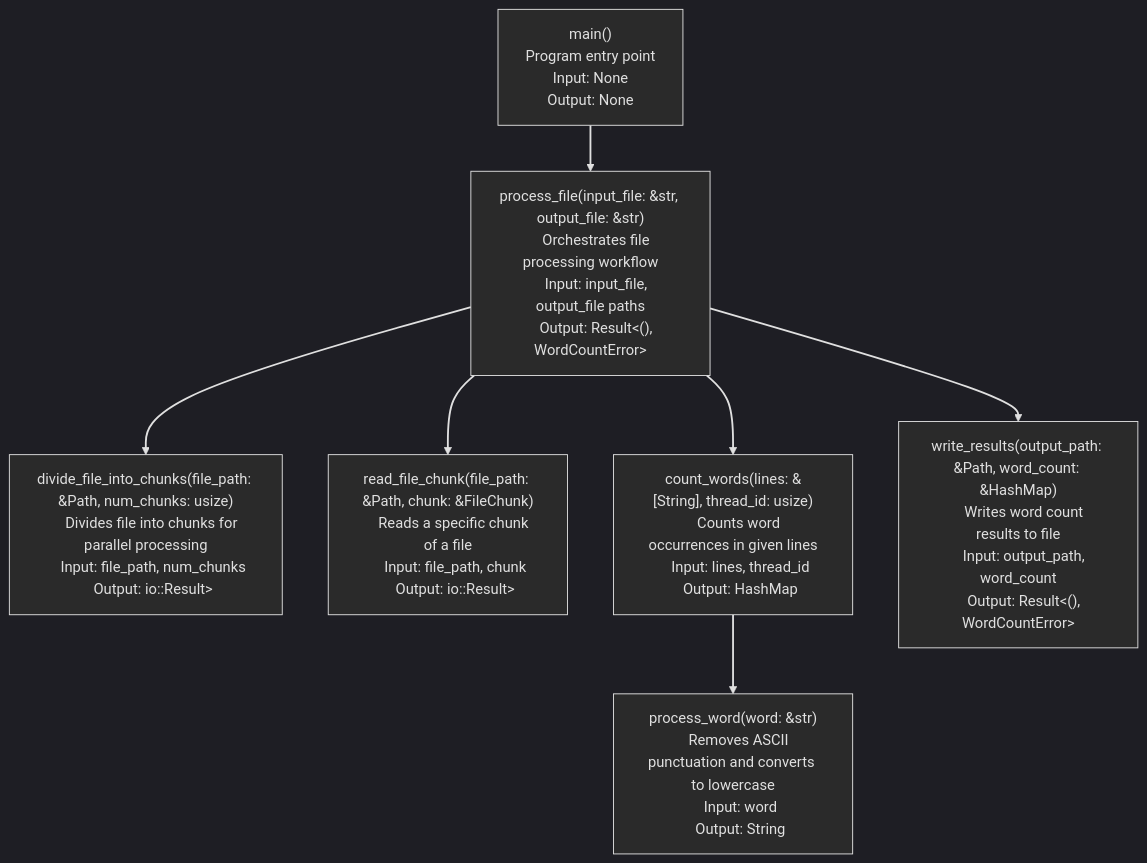
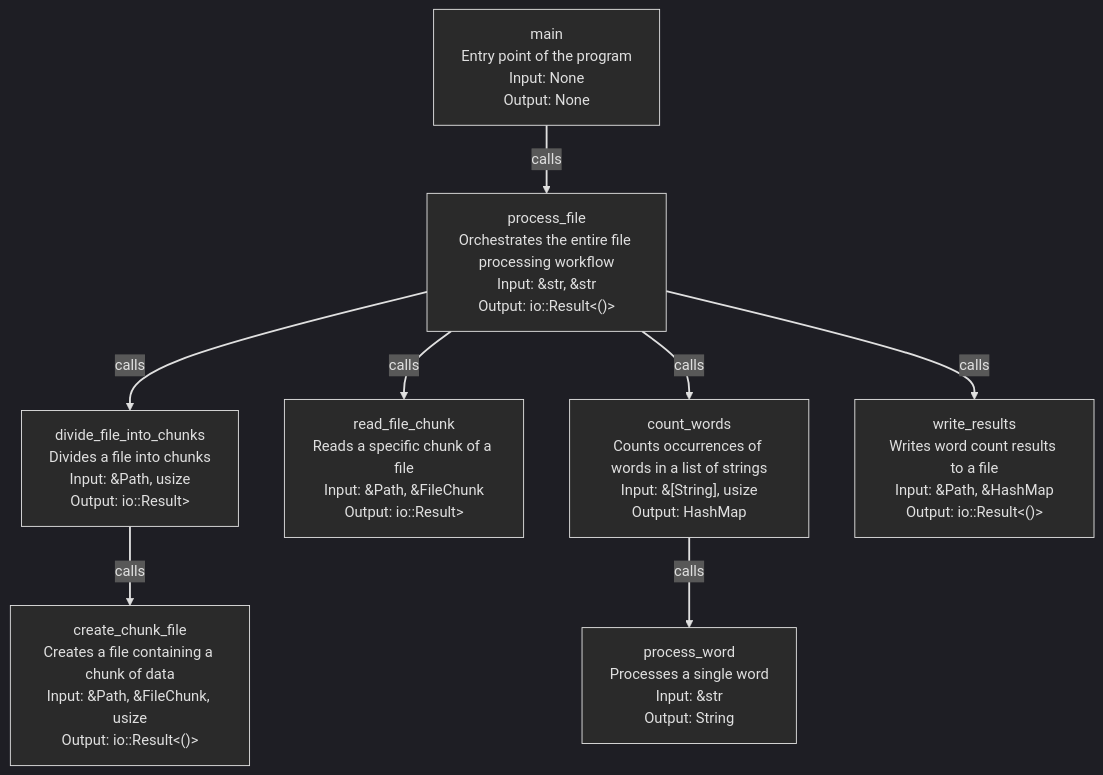
Before and after one commit to wubin28/wuzhenbens_playground: the diagram in word_count_rust/README.md, drawn with Mermaid.

Commit message:
docs:word_count_rust: update the function call diagram

````diff
--- a/word_count_rust/README.md
+++ b/word_count_rust/README.md
@@ -3,49 +3,24 @@
 ```mermaid
 %%{init: {'theme': 'dark', 'themeVariables': { 'primaryColor': '#e0e0e0', 'textColor': '#e0e0e0', 'lineColor': '#e0e0e0'}}}%%
 graph TD
     classDef default fill:#2a2a2a,stroke:#e0e0e0,color:#e0e0e0;
 
-    main["main()
-    Program entry point
-    Input: None
-    Output: None"]
+    A["main<br>Entry point of the program<br>Input: None<br>Output: None"]
+    B["process_file<br>Orchestrates the entire file processing workflow<br>Input: &str, &str<br>Output: io::Result<()>"]
+    C["divide_file_into_chunks<br>Divides a file into chunks<br>Input: &Path, usize<br>Output: io::Result<Vec<FileChunk>>"]
+    D["create_chunk_file<br>Creates a file containing a chunk of data<br>Input: &Path, &FileChunk, usize<br>Output: io::Result<()>"]
+    E["read_file_chunk<br>Reads a specific chunk of a file<br>Input: &Path, &FileChunk<br>Output: io::Result<Vec<String>>"]
+    F["count_words<br>Counts occurrences of words in a list of strings<br>Input: &[String], usize<br>Output: HashMap<String, usize>"]
+    G["process_word<br>Processes a single word<br>Input: &str<br>Output: String"]
+    H["write_results<br>Writes word count results to a file<br>Input: &Path, &HashMap<String, usize><br>Output: io::Result<()>"]
 
-    process_file["process_file(input_file: &str, output_file: &str)
-    Orchestrates file processing workflow
-    Input: input_file, output_file paths
-    Output: Result<(), WordCountError>"]
-
-    divide_file_into_chunks["divide_file_into_chunks(file_path: &Path, num_chunks: usize)
-    Divides file into chunks for parallel processing
-    Input: file_path, num_chunks
-    Output: io::Result<Vec<FileChunk>>"]
-
-    read_file_chunk["read_file_chunk(file_path: &Path, chunk: &FileChunk)
-    Reads a specific chunk of a file
-    Input: file_path, chunk
-    Output: io::Result<Vec<String>>"]
-
-    count_words["count_words(lines: &[String], thread_id: usize)
-    Counts word occurrences in given lines
-    Input: lines, thread_id
-    Output: HashMap<String, usize>"]
-
-    process_word["process_word(word: &str)
-    Removes ASCII punctuation and converts to lowercase
-    Input: word
-    Output: String"]
-
-    write_results["write_results(output_path: &Path, word_count: &HashMap<String, usize>)
-    Writes word count results to file
-    Input: output_path, word_count
-    Output: Result<(), WordCountError>"]
-
-    main --> process_file
-    process_file --> divide_file_into_chunks
-    process_file --> read_file_chunk
-    process_file --> count_words
-    process_file --> write_results
-    count_words --> process_word
+    A -->|calls| B
+    B -->|calls| C
+    B -->|calls| E
+    B -->|calls| F
+    B -->|calls| H
+    C -->|calls| D
+    F -->|calls| G
 
     linkStyle default stroke:#e0e0e0,stroke-width:2px
 ```
````
